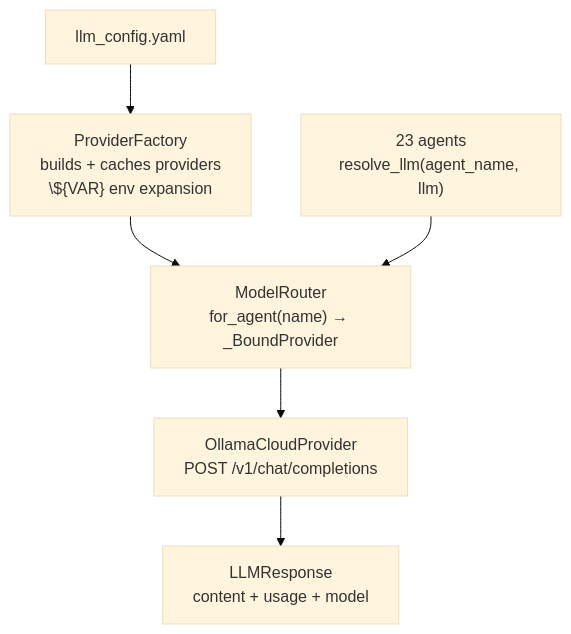
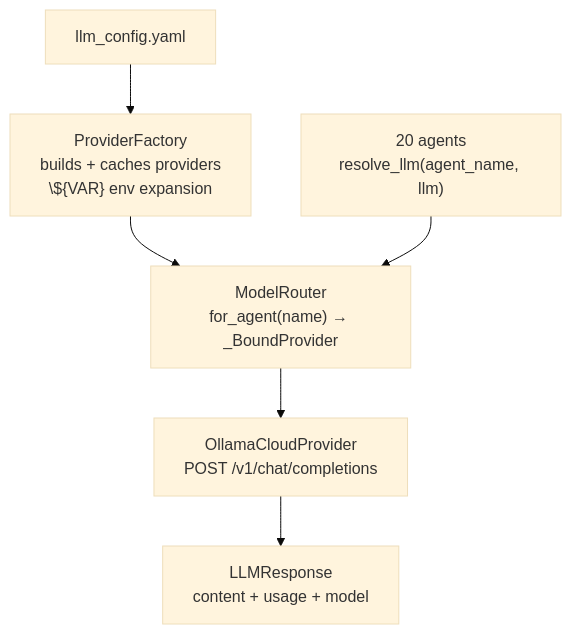
Before and after one commit to atandra2000/AutonomousResearcher: the tenth of 17 diagrams in docs/architecture.md, drawn with Mermaid (base theme). The commit also changed other lines of this file and 21 other files, not shown here.

````diff
--- a/docs/architecture.md
+++ b/docs/architecture.md
@@ -300,8 +300,8 @@
 ```mermaid
 flowchart TD
     CFG["llm_config.yaml"] --> FAC["ProviderFactory<br/>builds + caches providers<br/>\${VAR} env expansion"]
     FAC --> ROUT["ModelRouter<br/>for_agent(name) → _BoundProvider"]
     ROUT --> PROV["OllamaCloudProvider<br/>POST /v1/chat/completions"]
-    AGENTS["23 agents<br/>resolve_llm(agent_name, llm)"] --> ROUT
+    AGENTS["20 agents<br/>resolve_llm(agent_name, llm)"] --> ROUT
     PROV --> RESP["LLMResponse<br/>content + usage + model"]
 ```
````
